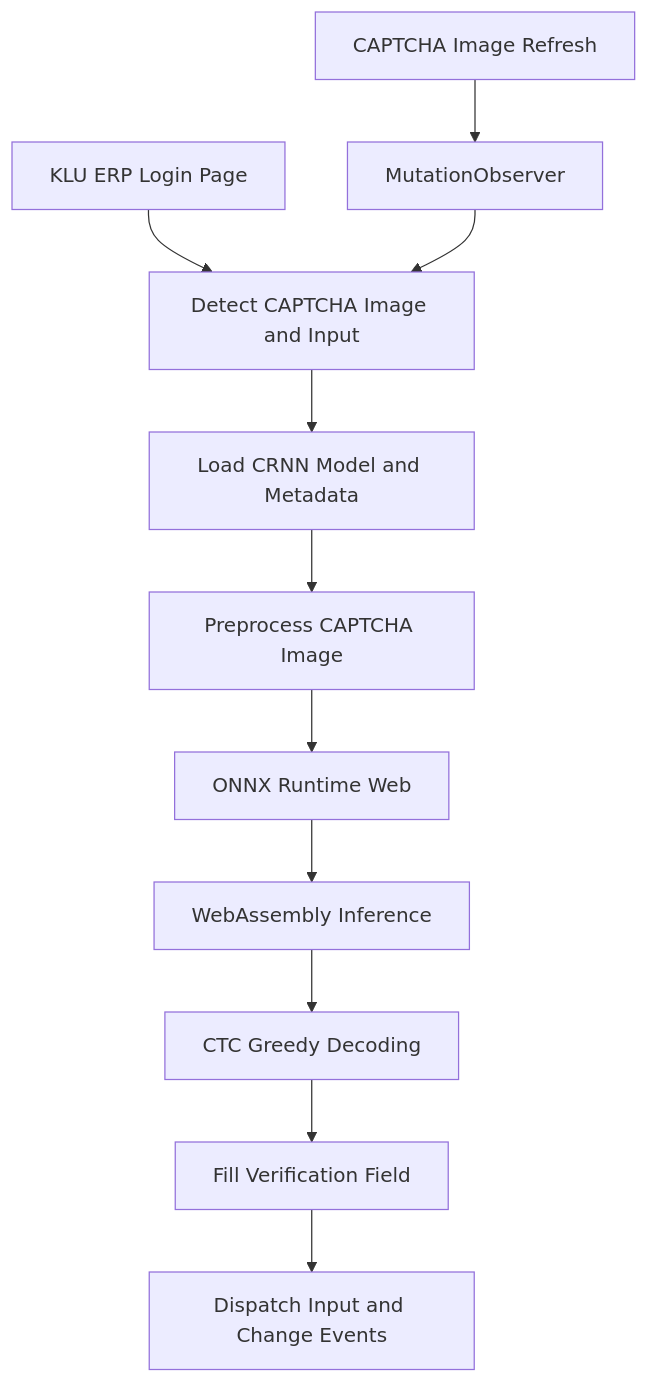
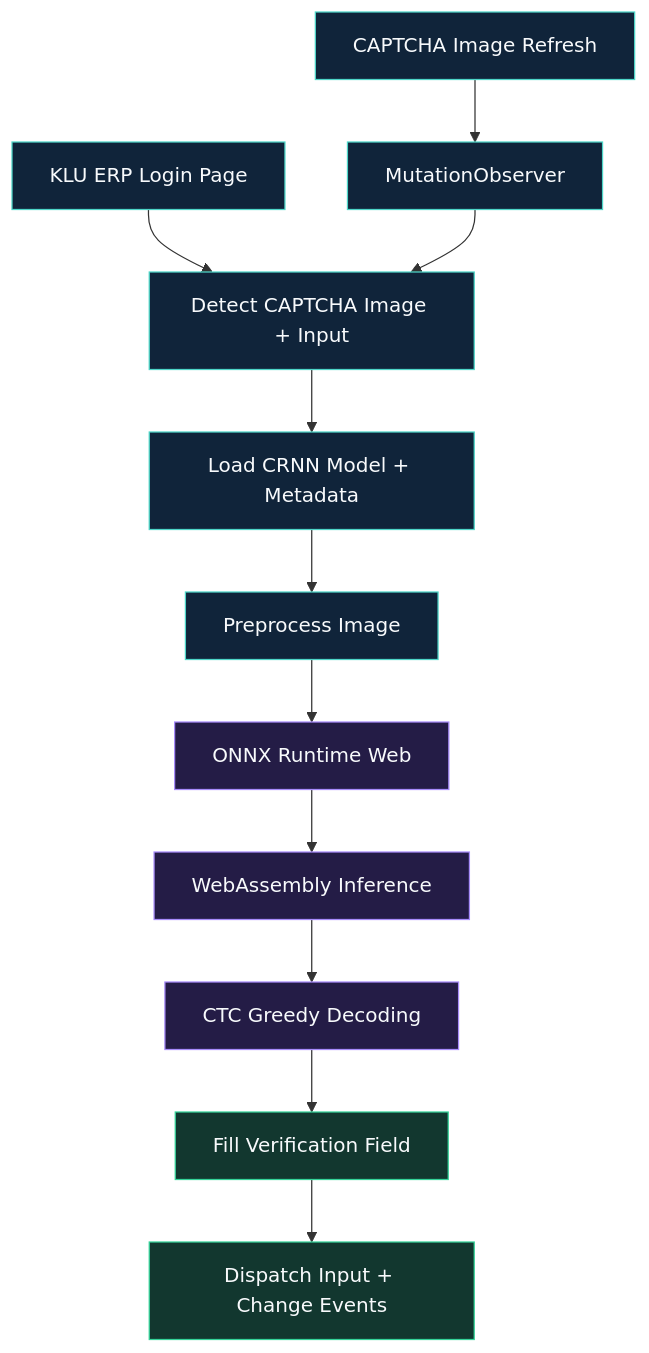
Before and after one commit to tejaswin-amara/klu-erp-assistant: the diagram in README.md, drawn with Mermaid. The commit also changed other lines of this file, not shown here.

````diff
--- a/README.md
+++ b/README.md
@@ -49,13 +70,20 @@
 ```mermaid
 flowchart TD
-    A["KLU ERP Login Page"] --> B["Detect CAPTCHA Image and Input"]
-    B --> C["Load CRNN Model and Metadata"]
-    C --> D["Preprocess CAPTCHA Image"]
+    A["KLU ERP Login Page"] --> B["Detect CAPTCHA Image + Input"]
+    B --> C["Load CRNN Model + Metadata"]
+    C --> D["Preprocess Image"]
     D --> E["ONNX Runtime Web"]
     E --> F["WebAssembly Inference"]
     F --> G["CTC Greedy Decoding"]
     G --> H["Fill Verification Field"]
-    H --> I["Dispatch Input and Change Events"]
+    H --> I["Dispatch Input + Change Events"]
     J["CAPTCHA Image Refresh"] --> K["MutationObserver"]
     K --> B
+
+    classDef browser fill:#10243a,stroke:#4dd6c8,color:#f8fafc
+    classDef inference fill:#241c46,stroke:#a78bfa,color:#f8fafc
+    classDef output fill:#12372f,stroke:#34d399,color:#f8fafc
+    class A,B,C,D,J,K browser
+    class E,F,G inference
+    class H,I output
 ```
````
